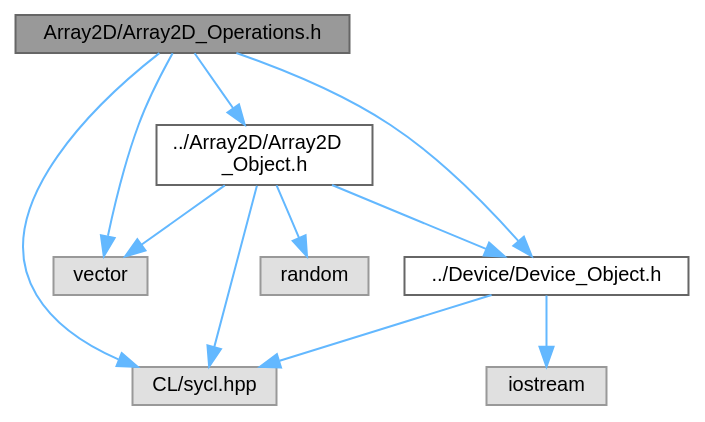
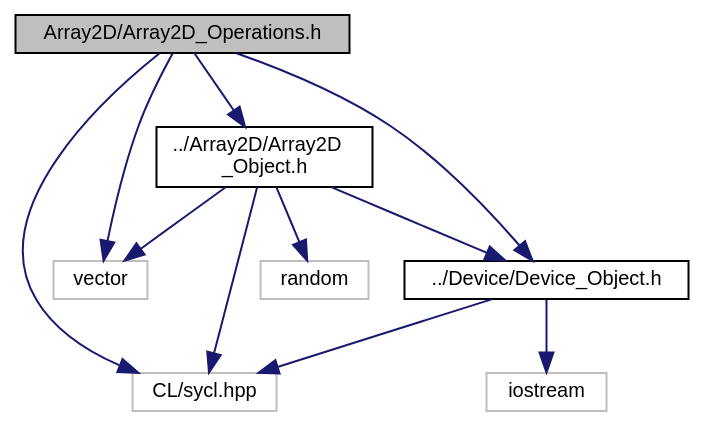
The diagram in docs/PySYCL_doxygen_html/_array2_d___operations_8h__incl.dot (OsmanAEG/PySYCL), drawn with Graphviz before and after one commit. The commit also changed 129 other files, not shown here.

```diff
--- a/docs/PySYCL_doxygen_html/_array2_d___operations_8h__incl.dot
+++ b/docs/PySYCL_doxygen_html/_array2_d___operations_8h__incl.dot
@@ -1,25 +1,25 @@
 digraph "Array2D/Array2D_Operations.h"
 {
  // INTERACTIVE_SVG=YES
  // LATEX_PDF_SIZE
   bgcolor="transparent";
-  edge [fontname=Helvetica,fontsize=10,labelfontname=Helvetica,labelfontsize=10];
-  node [fontname=Helvetica,fontsize=10,shape=box,height=0.2,width=0.4];
-  Node1 [id="Node000001",label="Array2D/Array2D_Operations.h",height=0.2,width=0.4,color="gray40", fillcolor="grey60", style="filled", fontcolor="black",tooltip="Array2D operations in PySYCL. These operations receive two individual arrays and return a single arra..."];
-  Node1 -> Node2 [id="edge1_Node000001_Node000002",color="steelblue1",style="solid",tooltip=" "];
-  Node2 [id="Node000002",label="CL/sycl.hpp",height=0.2,width=0.4,color="grey60", fillcolor="#E0E0E0", style="filled",tooltip=" "];
-  Node1 -> Node3 [id="edge2_Node000001_Node000003",color="steelblue1",style="solid",tooltip=" "];
-  Node3 [id="Node000003",label="vector",height=0.2,width=0.4,color="grey60", fillcolor="#E0E0E0", style="filled",tooltip=" "];
-  Node1 -> Node4 [id="edge3_Node000001_Node000004",color="steelblue1",style="solid",tooltip=" "];
-  Node4 [id="Node000004",label="../Device/Device_Object.h",height=0.2,width=0.4,color="grey40", fillcolor="white", style="filled",URL="$_device___object_8h.html",tooltip="SYCL device selection in PySYCL."];
-  Node4 -> Node5 [id="edge4_Node000004_Node000005",color="steelblue1",style="solid",tooltip=" "];
-  Node5 [id="Node000005",label="iostream",height=0.2,width=0.4,color="grey60", fillcolor="#E0E0E0", style="filled",tooltip=" "];
-  Node4 -> Node2 [id="edge5_Node000004_Node000002",color="steelblue1",style="solid",tooltip=" "];
-  Node1 -> Node6 [id="edge6_Node000001_Node000006",color="steelblue1",style="solid",tooltip=" "];
-  Node6 [id="Node000006",label="../Array2D/Array2D\l_Object.h",height=0.2,width=0.4,color="grey40", fillcolor="white", style="filled",URL="$_array2_d___object_8h.html",tooltip="Array2D in PySYCL."];
-  Node6 -> Node2 [id="edge7_Node000006_Node000002",color="steelblue1",style="solid",tooltip=" "];
-  Node6 -> Node3 [id="edge8_Node000006_Node000003",color="steelblue1",style="solid",tooltip=" "];
-  Node6 -> Node7 [id="edge9_Node000006_Node000007",color="steelblue1",style="solid",tooltip=" "];
-  Node7 [id="Node000007",label="random",height=0.2,width=0.4,color="grey60", fillcolor="#E0E0E0", style="filled",tooltip=" "];
-  Node6 -> Node4 [id="edge10_Node000006_Node000004",color="steelblue1",style="solid",tooltip=" "];
+  edge [fontname="Helvetica",fontsize="10",labelfontname="Helvetica",labelfontsize="10"];
+  node [fontname="Helvetica",fontsize="10",shape=record];
+  Node1 [label="Array2D/Array2D_Operations.h",height=0.2,width=0.4,color="black", fillcolor="grey75", style="filled", fontcolor="black",tooltip="Array2D operations in PySYCL. These operations receive two individual arrays and return a single arra..."];
+  Node1 -> Node2 [color="midnightblue",fontsize="10",style="solid",fontname="Helvetica"];
+  Node2 [label="CL/sycl.hpp",height=0.2,width=0.4,color="grey75",tooltip=" "];
+  Node1 -> Node3 [color="midnightblue",fontsize="10",style="solid",fontname="Helvetica"];
+  Node3 [label="vector",height=0.2,width=0.4,color="grey75",tooltip=" "];
+  Node1 -> Node4 [color="midnightblue",fontsize="10",style="solid",fontname="Helvetica"];
+  Node4 [label="../Device/Device_Object.h",height=0.2,width=0.4,color="black",URL="$_device___object_8h.html",tooltip="Device object for device selection in PySYCL."];
+  Node4 -> Node5 [color="midnightblue",fontsize="10",style="solid",fontname="Helvetica"];
+  Node5 [label="iostream",height=0.2,width=0.4,color="grey75",tooltip=" "];
+  Node4 -> Node2 [color="midnightblue",fontsize="10",style="solid",fontname="Helvetica"];
+  Node1 -> Node6 [color="midnightblue",fontsize="10",style="solid",fontname="Helvetica"];
+  Node6 [label="../Array2D/Array2D\l_Object.h",height=0.2,width=0.4,color="black",URL="$_array2_d___object_8h.html",tooltip="Array2D in PySYCL."];
+  Node6 -> Node2 [color="midnightblue",fontsize="10",style="solid",fontname="Helvetica"];
+  Node6 -> Node3 [color="midnightblue",fontsize="10",style="solid",fontname="Helvetica"];
+  Node6 -> Node7 [color="midnightblue",fontsize="10",style="solid",fontname="Helvetica"];
+  Node7 [label="random",height=0.2,width=0.4,color="grey75",tooltip=" "];
+  Node6 -> Node4 [color="midnightblue",fontsize="10",style="solid",fontname="Helvetica"];
 }
```
